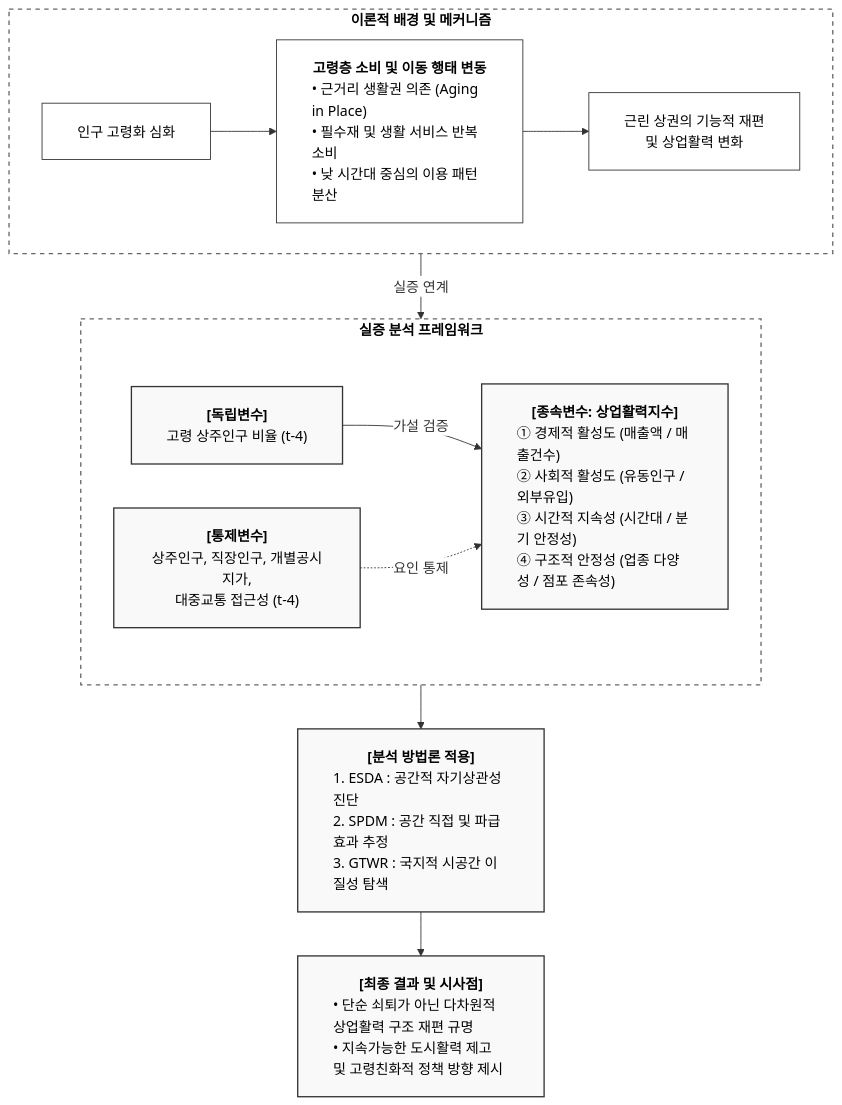
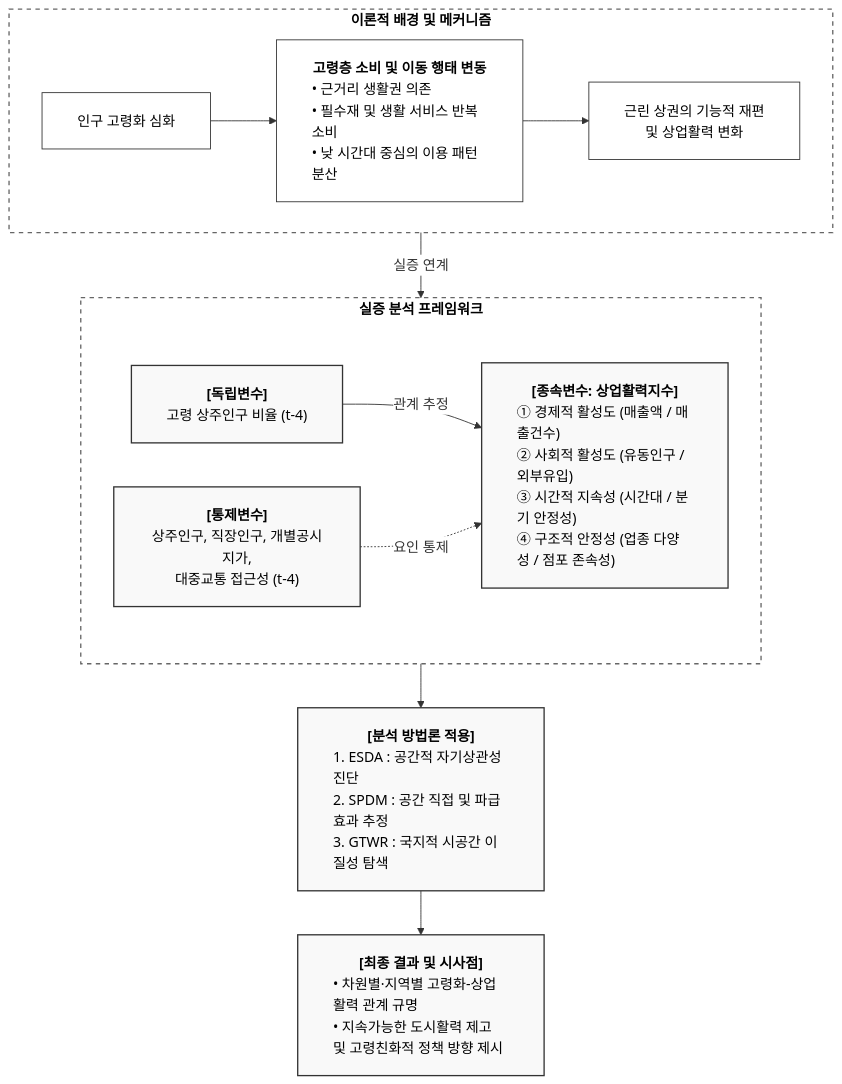
Before and after one commit to slowpacer9504/aging-commercial-vitality-seoul: the diagram in 04_Docs/01_Design/figure_1_1_research_framework_ko.mmd, drawn with Mermaid.

Commit message:
docs: refine Korean research framework diagram terminology

```diff
--- a/04_Docs/01_Design/figure_1_1_research_framework_ko.mmd
+++ b/04_Docs/01_Design/figure_1_1_research_framework_ko.mmd
@@ -1,38 +1,38 @@
 %%{init: {'theme': 'base', 'flowchart': {'padding': 20}, 'themeVariables': { 'primaryColor': '#ffffff', 'primaryBorderColor': '#333333', 'lineColor': '#333333', 'textColor': '#000000', 'clusterBkg': 'none', 'clusterBorder': '#aaaaaa'}}}%%
 graph TD
 %% [1] 이론적 배경 및 메커니즘
 subgraph Theoretical ["<b>이론적 배경 및 메커니즘</b>"]
 	direction LR
-	A["<div style='text-align:center;'>인구 고령화 심화</div>"] --> B["<div style='text-align:center;'><b>고령층 소비 및 이동 행태 변동</b><div style='text-align:left;'>• 근거리 생활권 의존 (Aging in Place)<br/>• 필수재 및 생활 서비스 반복 소비<br/>• 낮 시간대 중심의 이용 패턴 분산</div></div>"]
+	A["<div style='text-align:center;'>인구 고령화 심화</div>"] --> B["<div style='text-align:center;'><b>고령층 소비 및 이동 행태 변동</b><div style='text-align:left;'>• 근거리 생활권 의존<br/>• 필수재 및 생활 서비스 반복 소비<br/>• 낮 시간대 중심의 이용 패턴 분산</div></div>"]
 	B --> C["<div style='text-align:center;'>근린 상권의 기능적 재편<br/>및 상업활력 변화</div>"]
 end
 
 %% [2] 실증 분석 프레임워크
 subgraph Empirical ["<b>실증 분석 프레임워크</b>"]
 	X["<div style='text-align:center;'><b>[독립변수]</b><br/>고령 상주인구 비율 (t-4)</div>"] 
 	Z["<div style='text-align:center;'><b>[통제변수]</b><br/>상주인구, 직장인구, 개별공시지가,<br/>대중교통 접근성 (t-4)</div>"]
 	
-	X -->|가설 검증| Y
+	X -->|관계 추정| Y
 	Z -.->|요인 통제| Y
 	
 	Y["<div style='text-align:center;'><b>[종속변수: 상업활력지수]</b><div style='text-align:left;'>① 경제적 활성도 (매출액 / 매출건수)<br/>② 사회적 활성도 (유동인구 / 외부유입)<br/>③ 시간적 지속성 (시간대 / 분기 안정성)<br/>④ 구조적 안정성 (업종 다양성 / 점포 존속성)</div></div>"]
 end
 
 %% 연결
 Theoretical -->|실증 연계| Empirical
 
 %% [3] 분석 방법론
 Empirical --> M["<div style='text-align:center;'><b>[분석 방법론 적용]</b><div style='text-align:left;'>1. ESDA : 공간적 자기상관성 진단<br/>2. SPDM : 공간 직접 및 파급 효과 추정<br/>3. GTWR : 국지적 시공간 이질성 탐색</div></div>"]
 
 %% [4] 연구 기여 및 시사점
-M --> N["<div style='text-align:center;'><b>[최종 결과 및 시사점]</b><div style='text-align:left;'>• 단순 쇠퇴가 아닌 다차원적 상업활력 구조 재편 규명<br/>• 지속가능한 도시활력 제고 및 고령친화적 정책 방향 제시</div></div>"]
+M --> N["<div style='text-align:center;'><b>[최종 결과 및 시사점]</b><div style='text-align:left;'>• 차원별·지역별 고령화-상업활력 관계 규명<br/>• 지속가능한 도시활력 제고 및 고령친화적 정책 방향 제시</div></div>"]
 
 %% 스타일 설정
 classDef default fill:#ffffff,stroke:#333333,stroke-width:1px,color:#000000;
 classDef var fill:#f9f9f9,stroke:#333333,stroke-width:1.5px,color:#000000;
 
 class A,B,C default;
 class X,Y,Z,M,N var;
 
 style Theoretical fill:none,stroke:#666666,stroke-width:1.5px,stroke-dasharray: 5 5
 style Empirical fill:none,stroke:#666666,stroke-width:1.5px,stroke-dasharray: 5 5
```
